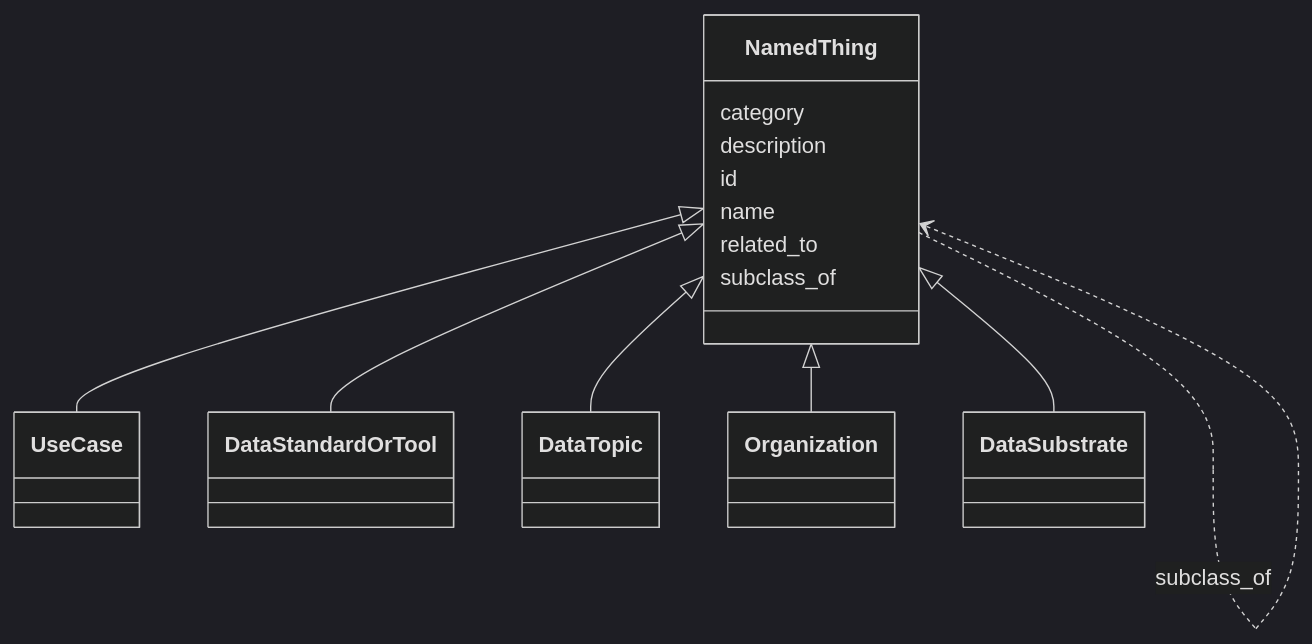
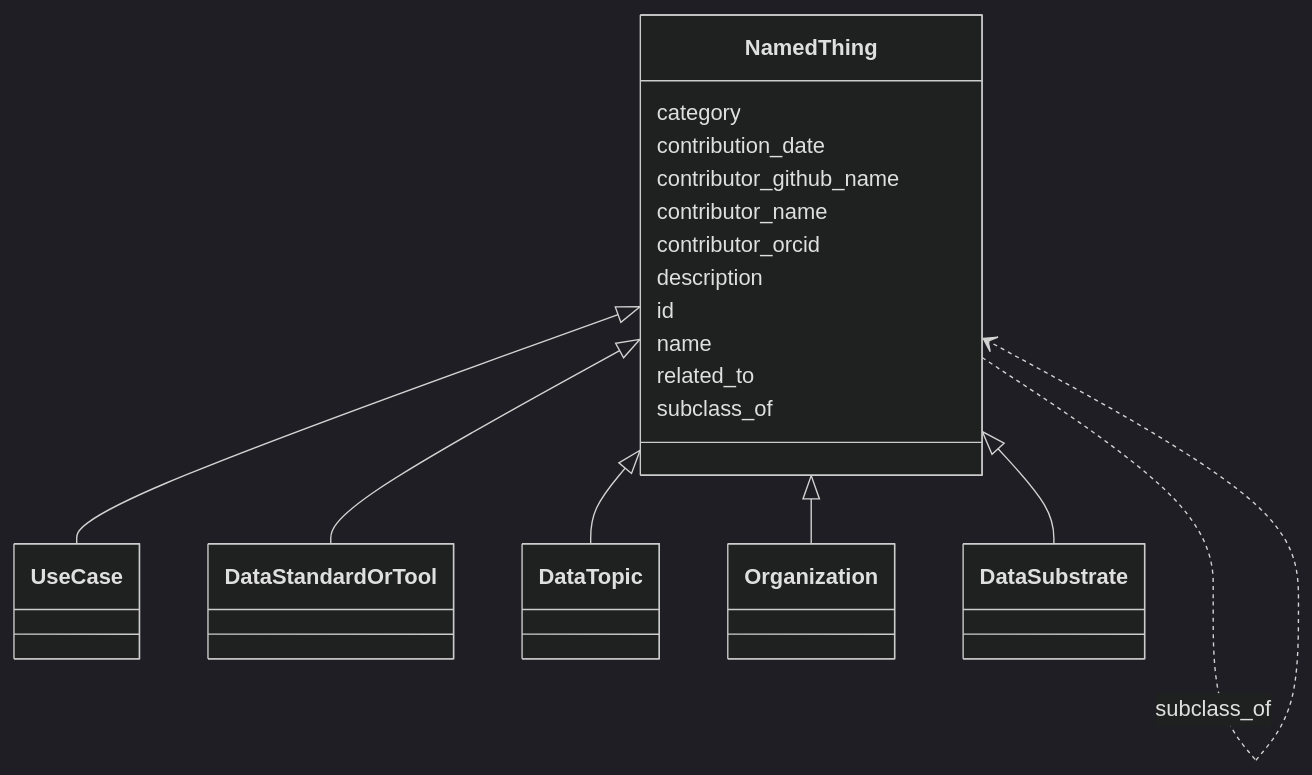
Before and after one commit to bridge2ai/standards-schemas: the diagram in docs/NamedThing.md, drawn with Mermaid (dark theme). The commit also changed other lines of this file and 51 other files, not shown here.

````diff
--- a/docs/NamedThing.md
+++ b/docs/NamedThing.md
@@ -11,27 +11,35 @@
 ```mermaid
  classDiagram
     class NamedThing
       NamedThing <|-- UseCase
       NamedThing <|-- DataStandardOrTool
       NamedThing <|-- DataTopic
       NamedThing <|-- Organization
       NamedThing <|-- DataSubstrate
       
       NamedThing : category
+        
+      NamedThing : contribution_date
+        
+      NamedThing : contributor_github_name
+        
+      NamedThing : contributor_name
+        
+      NamedThing : contributor_orcid
         
       NamedThing : description
         
       NamedThing : id
         
       NamedThing : name
         
       NamedThing : related_to
         
           NamedThing ..> NamedThing : related_to
         
       NamedThing : subclass_of
         
           NamedThing ..> NamedThing : subclass_of
         
       
 ```
````
